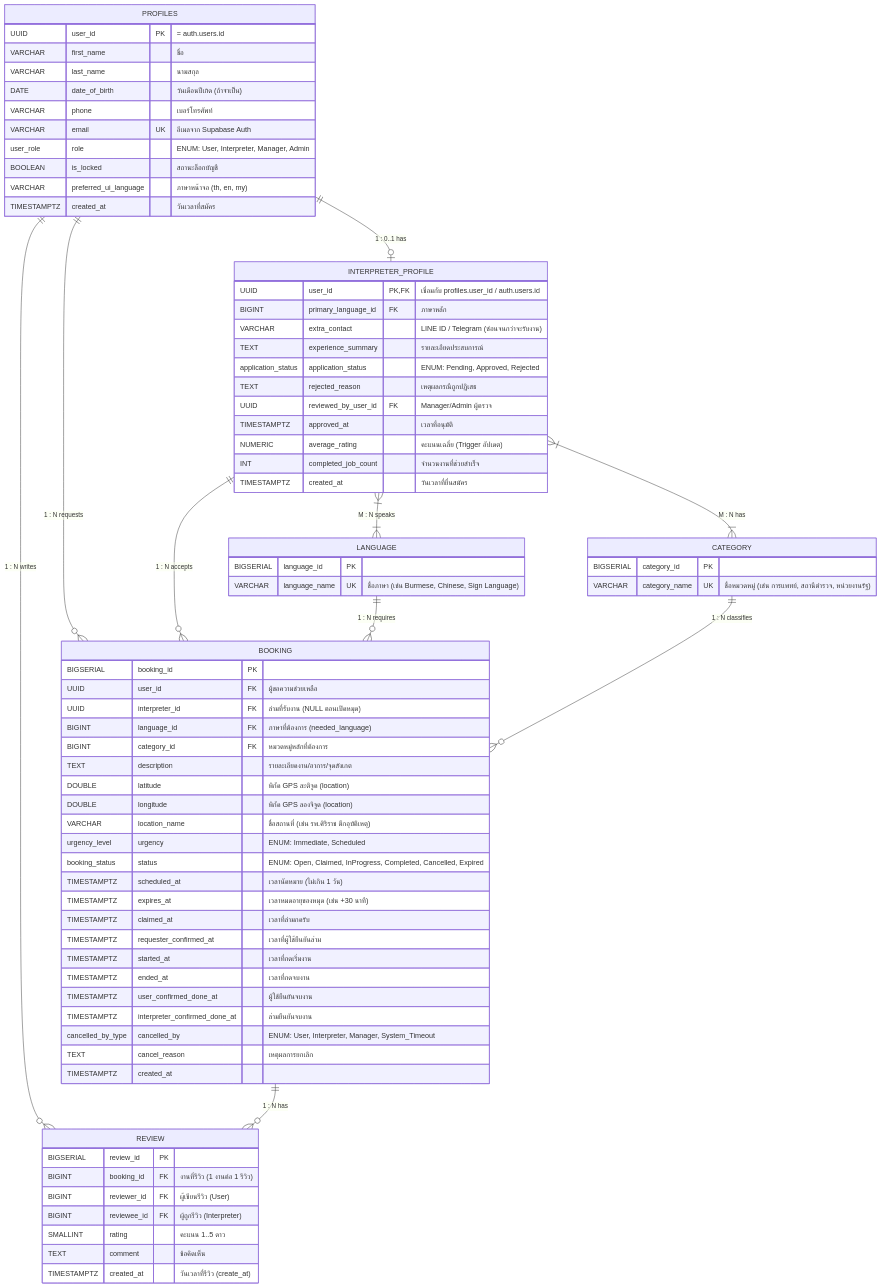
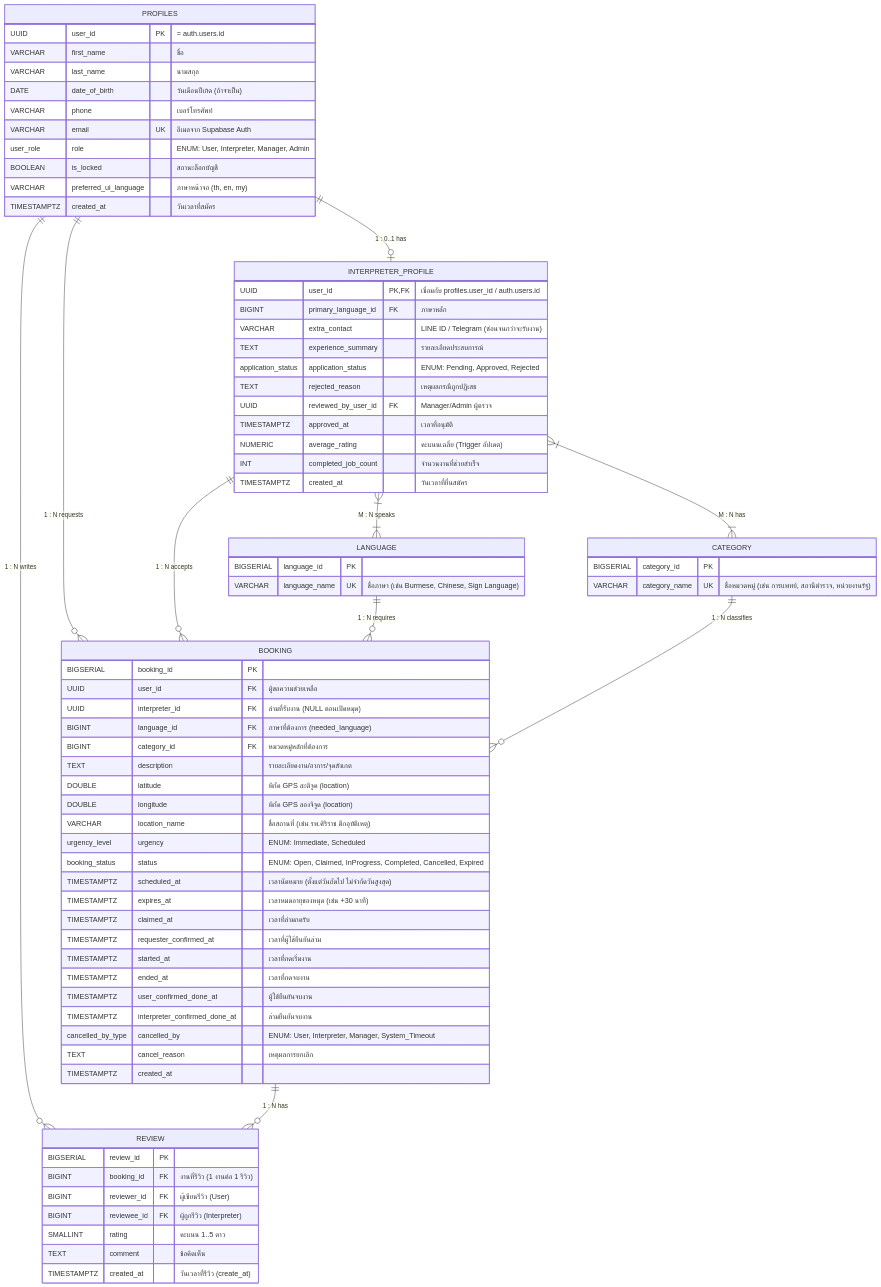
One commit to OnisawanO/khvi-helper changed the second of 3 diagrams in detail.md. Above: the diagram before and after it, drawn with Mermaid. The commit also changed other lines of this file and 24 other files, not shown here.

Commit message:
feat: improve welcome and help request flows

```diff
--- a/detail.md
+++ b/detail.md
@@ -284,7 +284,7 @@
         VARCHAR location_name "ชื่อสถานที่ (เช่น รพ.ศิริราช ตึกอุบัติเหตุ)"
         urgency_level urgency "ENUM: Immediate, Scheduled"
         booking_status status "ENUM: Open, Claimed, InProgress, Completed, Cancelled, Expired"
-        TIMESTAMPTZ scheduled_at "เวลานัดหมาย (ไม่เกิน 1 วัน)"
+        TIMESTAMPTZ scheduled_at "เวลานัดหมาย (ตั้งแต่วันถัดไป ไม่จำกัดวันสูงสุด)"
         TIMESTAMPTZ expires_at "เวลาหมดอายุของหมุด (เช่น +30 นาที)"
         TIMESTAMPTZ claimed_at "เวลาที่ล่ามกดรับ"
         TIMESTAMPTZ requester_confirmed_at "เวลาที่ผู้ใช้ยืนยันล่าม"
```
